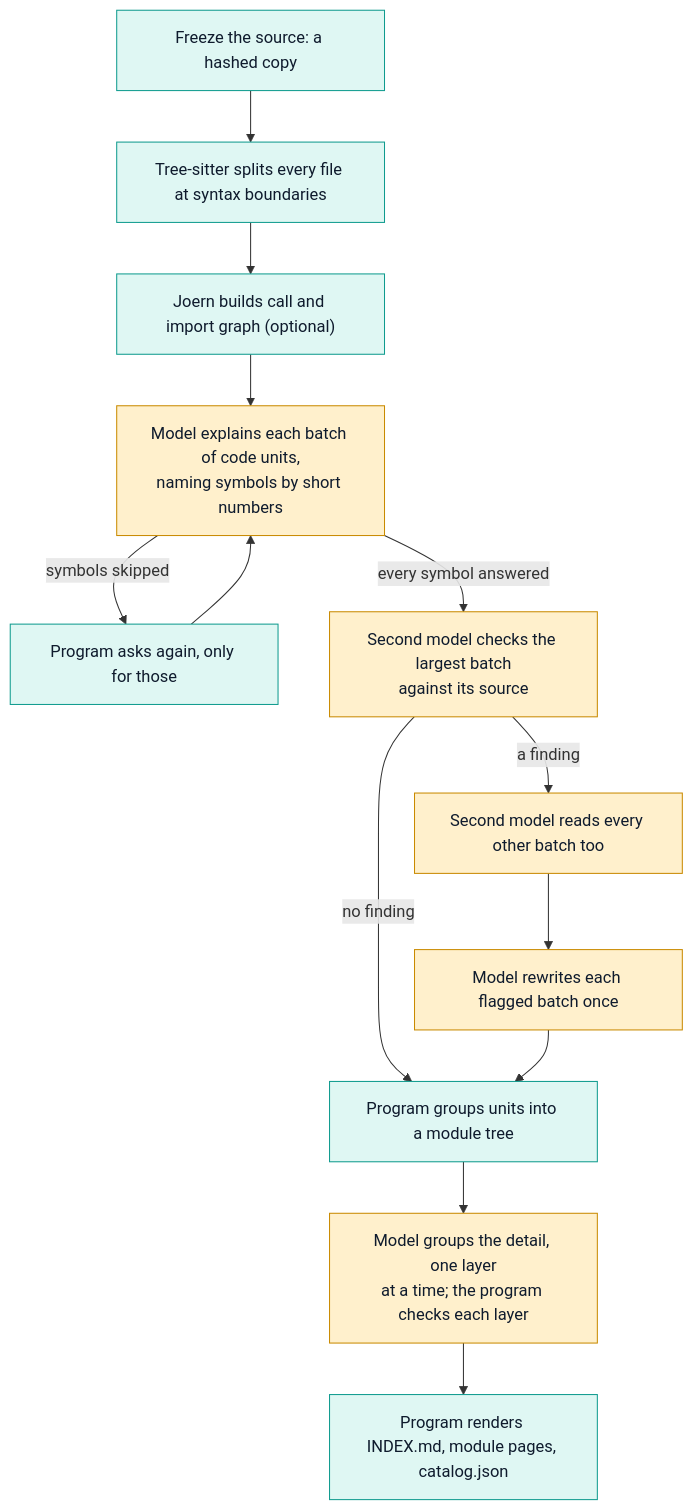
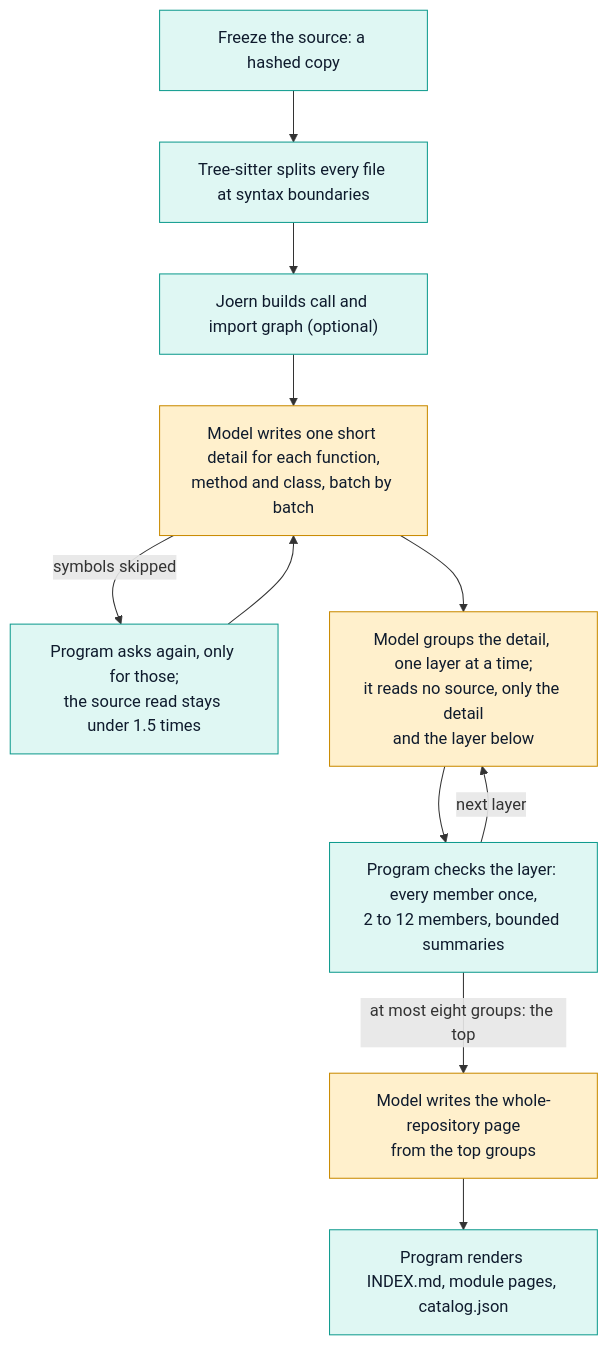
Before and after one commit to zlxdengtianhei/codebase-explorer: the first of 2 diagrams in README.md, drawn with Mermaid. The commit also changed other lines of this file and 7 other files, not shown here.

First line of the commit message:
Final pages: files on leaf pages, a two-level entry page, 3.0 README and the film

````diff
--- a/README.md
+++ b/README.md
@@ -89,19 +84,17 @@
 ```mermaid
 flowchart TD
   A["Freeze the source: a hashed copy"] --> B["Tree-sitter splits every file at syntax boundaries"]
   B --> C["Joern builds call and import graph (optional)"]
-  C --> D["Model explains each batch of code units,<br/>naming symbols by short numbers"]
-  D -->|"symbols skipped"| D2["Program asks again, only for those"]
+  C --> D["Model writes one short detail for each function,<br/>method and class, batch by batch"]
+  D -->|"symbols skipped"| D2["Program asks again, only for those;<br/>the source read stays under 1.5 times"]
   D2 --> D
-  D -->|"every symbol answered"| R["Second model checks the largest batch<br/>against its source"]
-  R -->|"a finding"| R2["Second model reads every other batch too"]
-  R2 --> W["Model rewrites each flagged batch once"]
-  R -->|"no finding"| E["Program groups units into a module tree"]
-  W --> E
-  E --> F["Model groups the detail, one layer<br/>at a time; the program checks each layer"]
-  F --> G["Program renders INDEX.md, module pages, catalog.json"]
+  D --> F["Model groups the detail, one layer at a time;<br/>it reads no source, only the detail<br/>and the layer below"]
+  F --> E["Program checks the layer: every member once,<br/>2 to 12 members, bounded summaries"]
+  E -->|"next layer"| F
+  E -->|"at most eight groups: the top"| G["Model writes the whole-repository page<br/>from the top groups"]
+  G --> H["Program renders INDEX.md, module pages, catalog.json"]
   classDef program fill:#dff7f3,stroke:#0f9b8e,color:#0f1b2d
   classDef model fill:#fff0cc,stroke:#c98a00,color:#0f1b2d
-  class A,B,C,D2,E,G program
-  class D,R,R2,W,F model
+  class A,B,C,D2,E,H program
+  class D,F,G model
 ```
````
